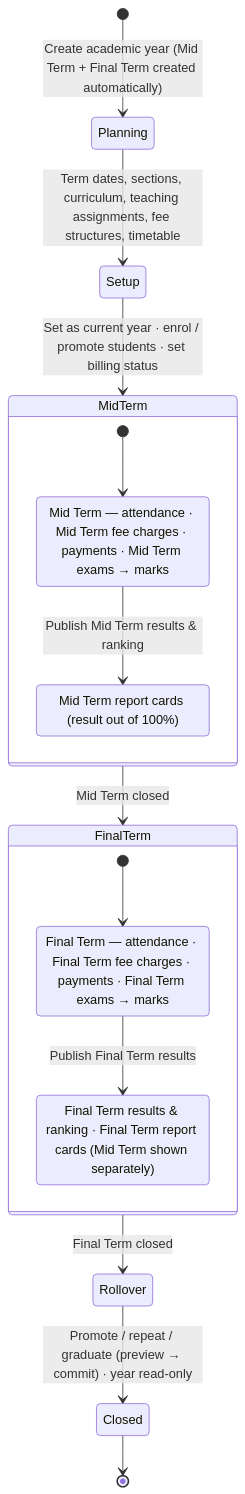
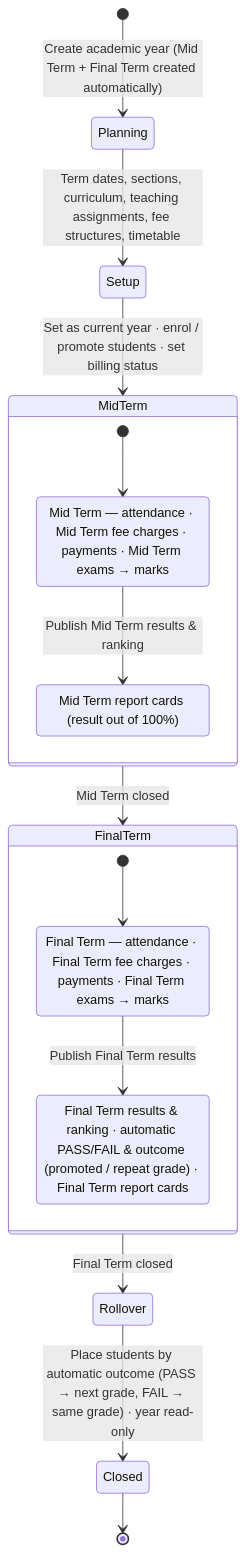
Before and after one commit to ismacil87/Gol-khatumo: the second of 2 diagrams in docs/phase-1/05-modules.md, drawn with Mermaid. The commit also changed other lines of this file and 7 other files, not shown here.

First line of the commit message:
docs: confirm overall-marks PASS/FAIL (C-05) and automatic promotion (C-06)

````diff
--- a/docs/phase-1/05-modules.md
+++ b/docs/phase-1/05-modules.md
@@ -87,22 +87,22 @@
 ```mermaid
 stateDiagram-v2
   [*] --> Planning: Create academic year (Mid Term + Final Term created automatically)
   Planning --> Setup: Term dates, sections, curriculum, teaching assignments, fee structures, timetable
   Setup --> MidTerm: Set as current year · enrol / promote students · set billing status
   state MidTerm {
     [*] --> MT_Run
     MT_Run: Mid Term — attendance · Mid Term fee charges · payments · Mid Term exams → marks
     MT_Run --> MT_Pub: Publish Mid Term results & ranking
     MT_Pub: Mid Term report cards (result out of 100%)
   }
   MidTerm --> FinalTerm: Mid Term closed
   state FinalTerm {
     [*] --> FT_Run
     FT_Run: Final Term — attendance · Final Term fee charges · payments · Final Term exams → marks
     FT_Run --> FT_Pub: Publish Final Term results
-    FT_Pub: Final Term results & ranking · Final Term report cards (Mid Term shown separately)
+    FT_Pub: Final Term results & ranking · automatic PASS/FAIL & outcome (promoted / repeat grade) · Final Term report cards
   }
   FinalTerm --> Rollover: Final Term closed
-  Rollover --> Closed: Promote / repeat / graduate (preview → commit) · year read-only
+  Rollover --> Closed: Place students by automatic outcome (PASS → next grade, FAIL → same grade) · year read-only
   Closed --> [*]
 ```
````
